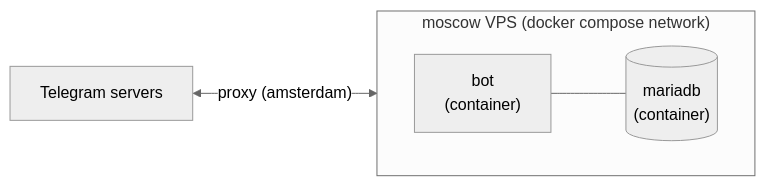
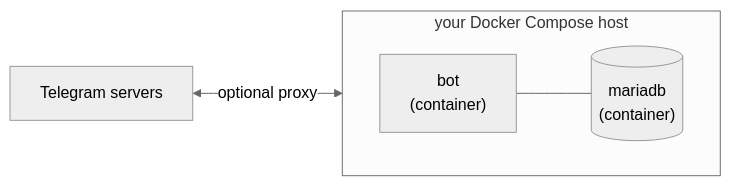
Before and after one commit to sm-steel/nani-pix-bot: the first of 2 diagrams in ARCHITECTURE.md, drawn with Mermaid (neutral theme). The commit also changed other lines of this file and 15 other files, not shown here.

````diff
--- a/ARCHITECTURE.md
+++ b/ARCHITECTURE.md
@@ -15,9 +15,9 @@
 ```mermaid
 flowchart LR
     Telegram["Telegram servers"]
-    subgraph moscow["moscow VPS (docker compose network)"]
+    subgraph Host["your Docker Compose host"]
         direction LR
         Bot["bot<br/>(container)"] --- MariaDB[("mariadb<br/>(container)")]
     end
-    Telegram <-->|"proxy (amsterdam)"| Bot
+    Telegram <-->|"optional proxy"| Bot
 ```
````
